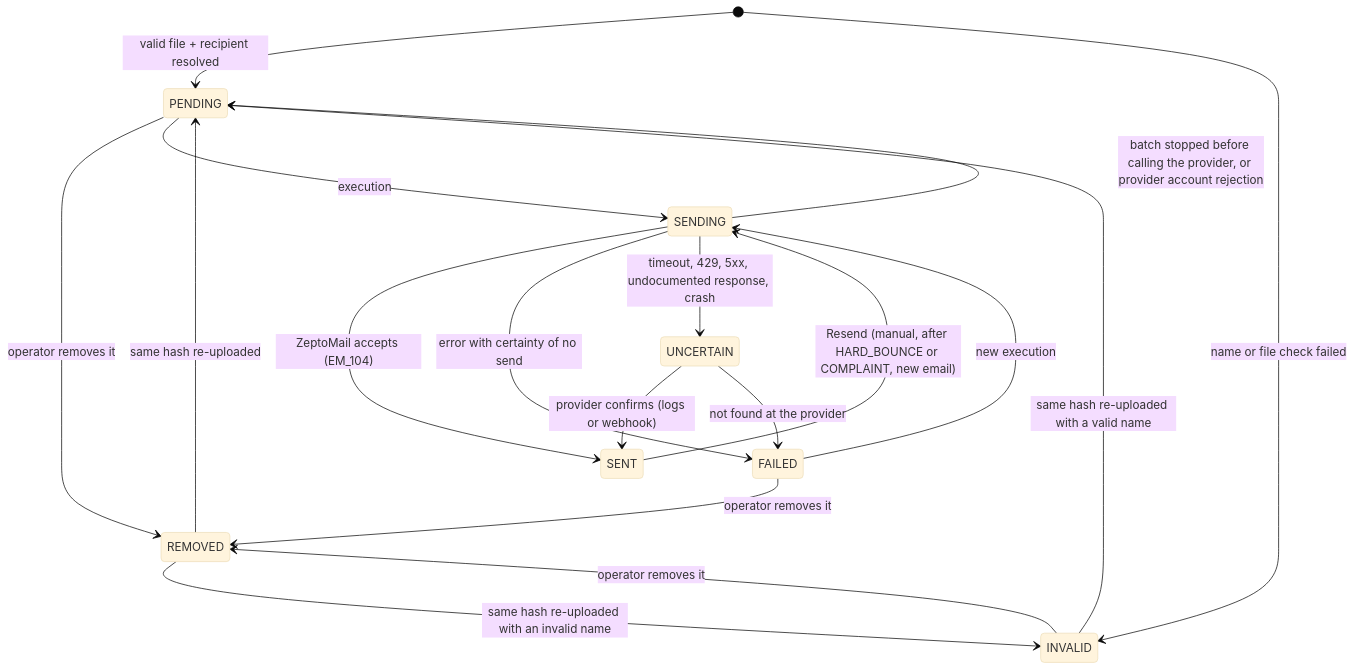
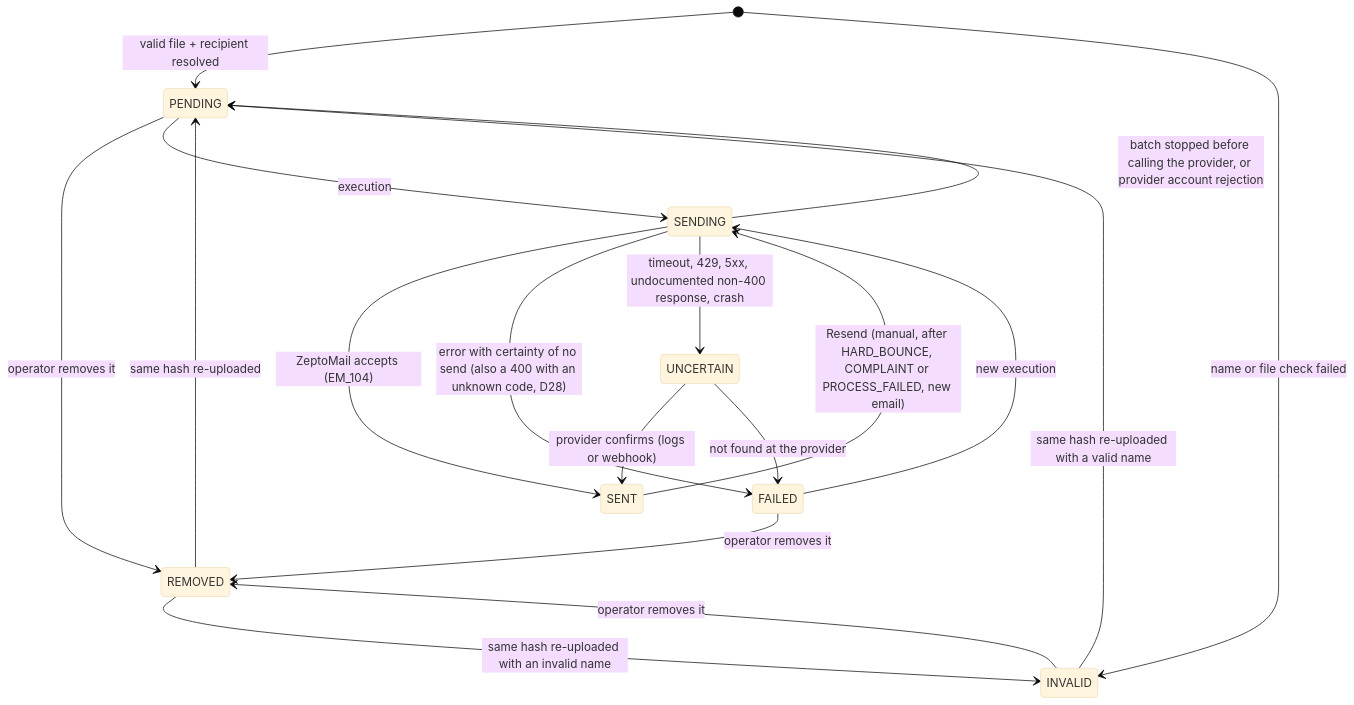
One commit to Ramioy/bulk-mailer-backend changed the fourth of 6 diagrams in docs/architecture/arquitectura.md. Above: the diagram before and after it, drawn with Mermaid (base theme). The commit also changed other lines of this file and 25 other files, not shown here.

First line of the commit message:
Unknown 400 is a rejection, process failed is resendable, mock case fix (D28-D30)

````diff
--- a/docs/architecture/arquitectura.md
+++ b/docs/architecture/arquitectura.md
@@ -187,20 +187,20 @@
 ```mermaid
 stateDiagram-v2
     [*] --> PENDING: valid file + recipient resolved
     [*] --> INVALID: name or file check failed
     INVALID --> PENDING: same hash re-uploaded with a valid name
     PENDING --> REMOVED: operator removes it
     INVALID --> REMOVED: operator removes it
     FAILED --> REMOVED: operator removes it
     REMOVED --> PENDING: same hash re-uploaded
     REMOVED --> INVALID: same hash re-uploaded with an invalid name
     PENDING --> SENDING: execution
     FAILED --> SENDING: new execution
     SENDING --> SENT: ZeptoMail accepts (EM_104)
-    SENDING --> FAILED: error with certainty of no send
+    SENDING --> FAILED: error with certainty of no send (also a 400 with an unknown code, D28)
     SENDING --> PENDING: batch stopped before calling the provider, or provider account rejection
-    SENDING --> UNCERTAIN: timeout, 429, 5xx, undocumented response, crash
+    SENDING --> UNCERTAIN: timeout, 429, 5xx, undocumented non-400 response, crash
     UNCERTAIN --> SENT: provider confirms (logs or webhook)
     UNCERTAIN --> FAILED: not found at the provider
-    SENT --> SENDING: Resend (manual, after HARD_BOUNCE or COMPLAINT, new email)
+    SENT --> SENDING: Resend (manual, after HARD_BOUNCE, COMPLAINT or PROCESS_FAILED, new email)
 ```
````
